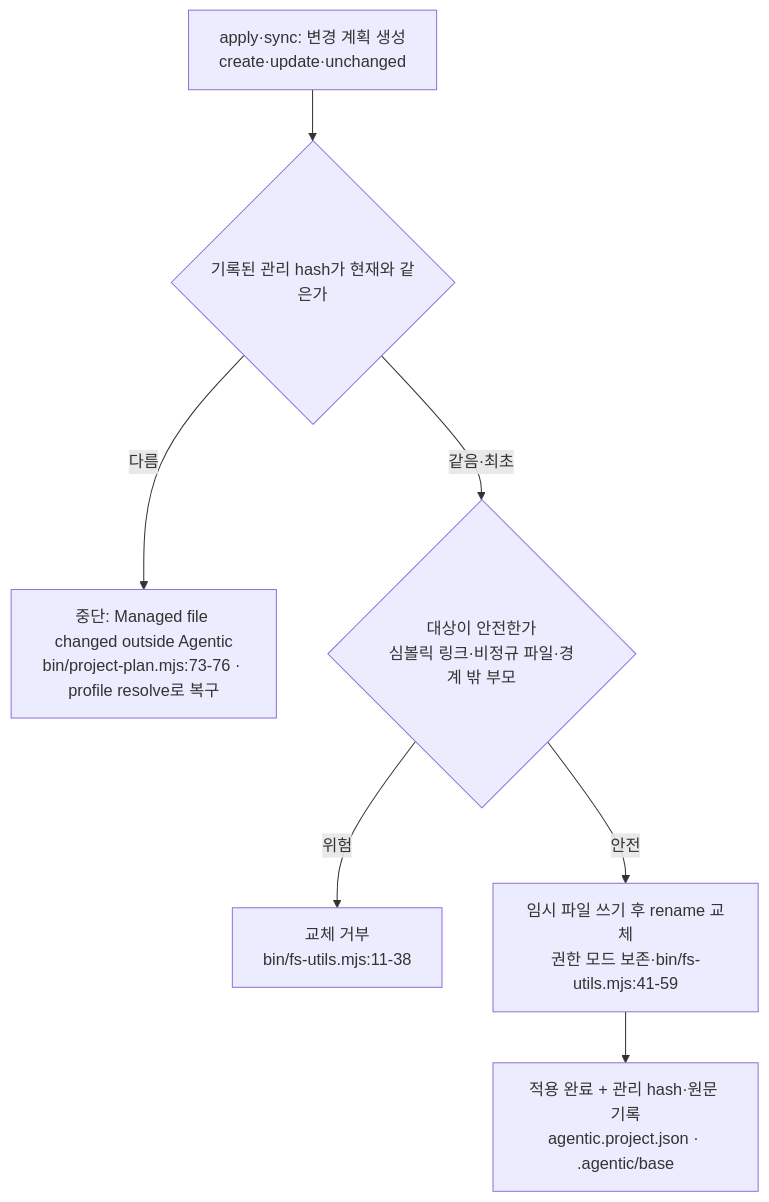
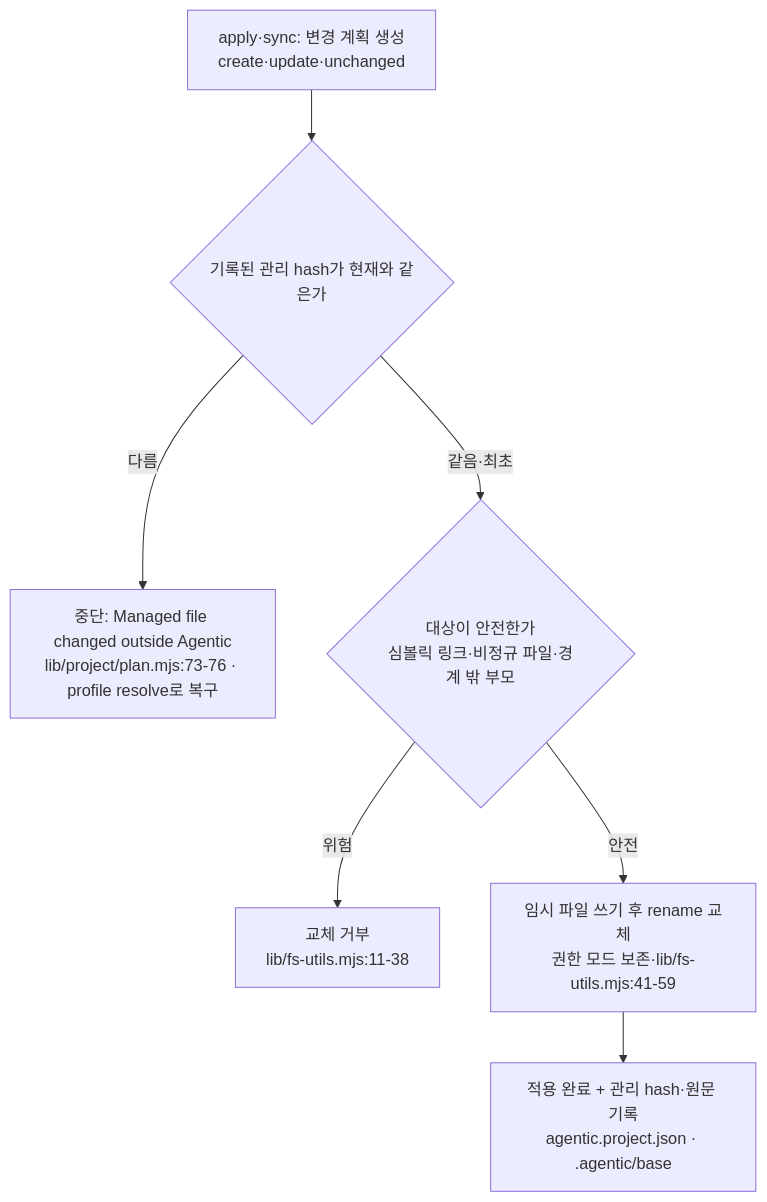
Before and after one commit to IsthisLee/agent-context-manager: the third of 5 diagrams in docs/implementation-principles.md, drawn with Mermaid. The commit also changed other lines of this file and 39 other files, not shown here.

First line of the commit message:
refactor: CLI 로직을 bin/에서 lib/ 모듈로 나눈다

````diff
--- a/docs/implementation-principles.md
+++ b/docs/implementation-principles.md
@@ -405,9 +405,9 @@
 ```mermaid
 flowchart TD
   P["apply·sync: 변경 계획 생성<br/>create·update·unchanged"] --> H{"기록된 관리 hash가 현재와 같은가"}
-  H -->|"다름"| STOP["중단: Managed file changed outside Agentic<br/>bin/project-plan.mjs:73-76 · profile resolve로 복구"]
+  H -->|"다름"| STOP["중단: Managed file changed outside Agentic<br/>lib/project/plan.mjs:73-76 · profile resolve로 복구"]
   H -->|"같음·최초"| SAFE{"대상이 안전한가<br/>심볼릭 링크·비정규 파일·경계 밖 부모"}
-  SAFE -->|"위험"| REFUSE["교체 거부<br/>bin/fs-utils.mjs:11-38"]
-  SAFE -->|"안전"| ATOM["임시 파일 쓰기 후 rename 교체<br/>권한 모드 보존·bin/fs-utils.mjs:41-59"]
+  SAFE -->|"위험"| REFUSE["교체 거부<br/>lib/fs-utils.mjs:11-38"]
+  SAFE -->|"안전"| ATOM["임시 파일 쓰기 후 rename 교체<br/>권한 모드 보존·lib/fs-utils.mjs:41-59"]
   ATOM --> DONE["적용 완료 + 관리 hash·원문 기록<br/>agentic.project.json · .agentic/base"]
 ```
````
